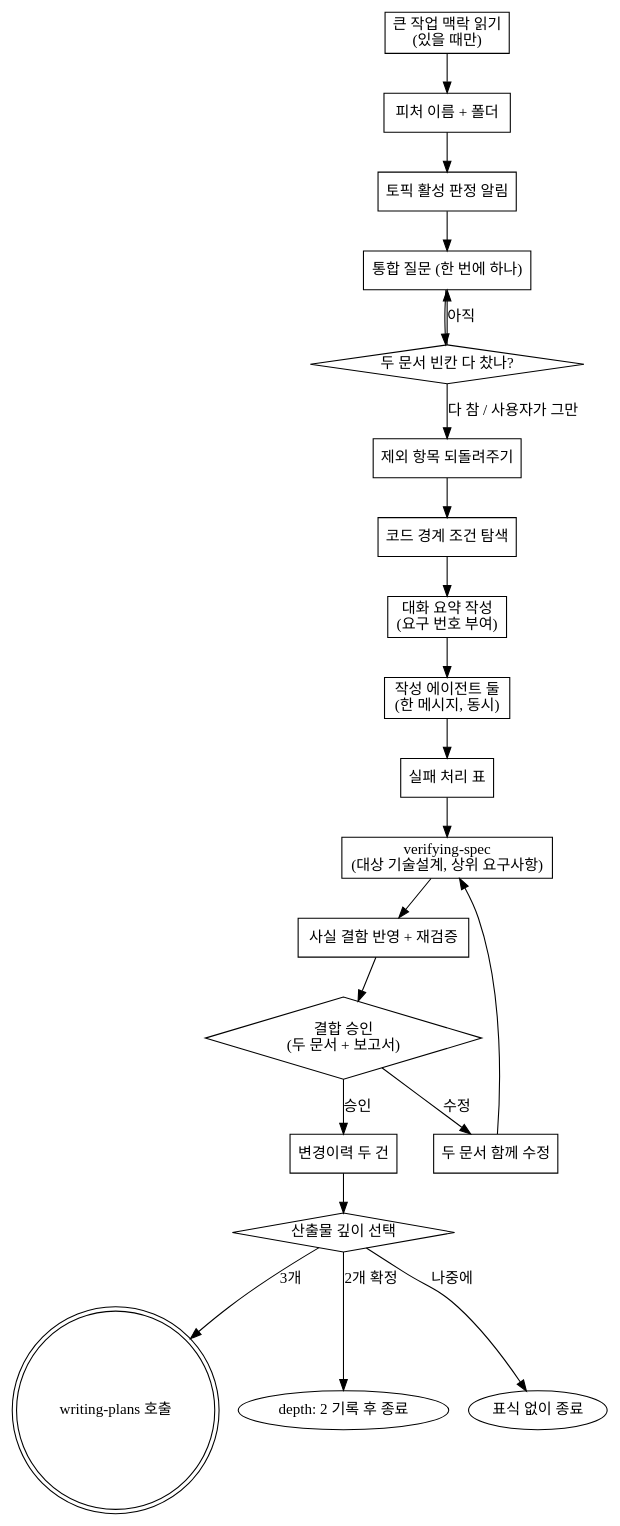
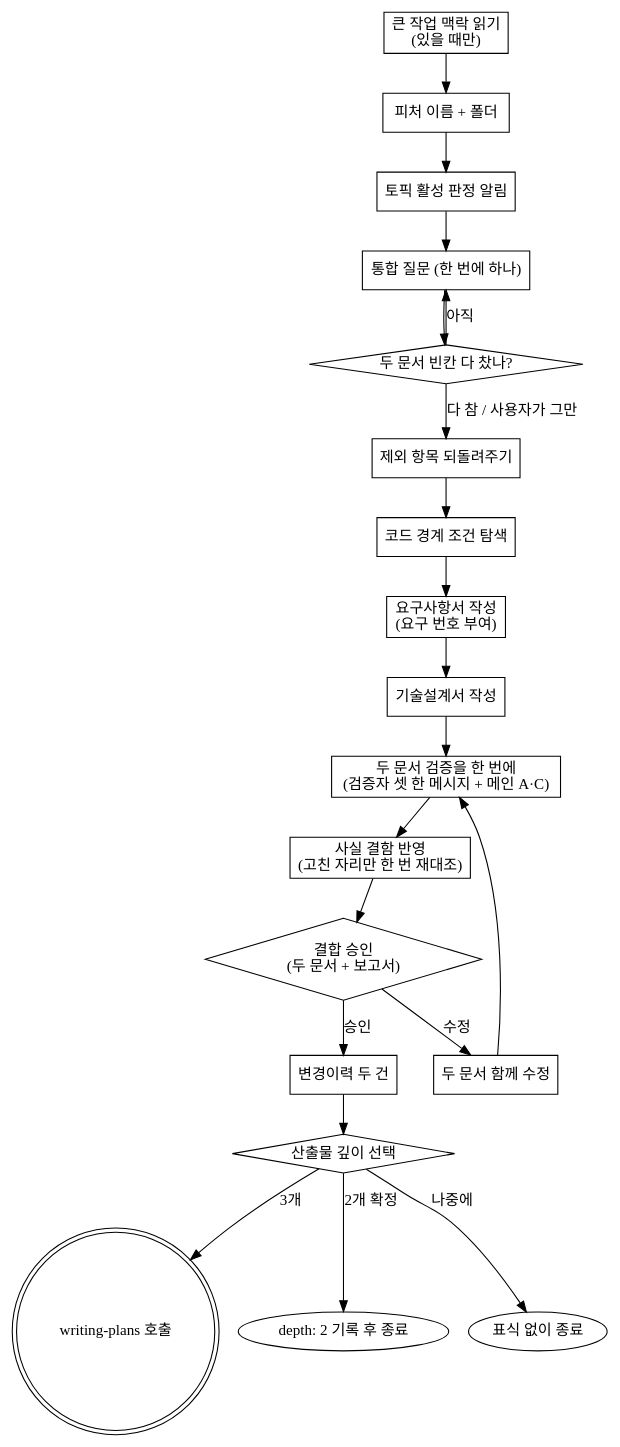
The diagram in skills/paired-spec-writing/SKILL.md (LonerStayle/js-super), drawn with Graphviz before and after one commit. The commit also changed other lines of this file and 7 other files, not shown here.

````diff
--- a/skills/paired-spec-writing/SKILL.md
+++ b/skills/paired-spec-writing/SKILL.md
@@ -61,44 +71,42 @@
 ```dot
 digraph paired_spec_flow {
     "큰 작업 맥락 읽기\n(있을 때만)" [shape=box];
     "피처 이름 + 폴더" [shape=box];
     "토픽 활성 판정 알림" [shape=box];
     "통합 질문 (한 번에 하나)" [shape=box];
     "두 문서 빈칸 다 찼나?" [shape=diamond];
     "제외 항목 되돌려주기" [shape=box];
     "코드 경계 조건 탐색" [shape=box];
-    "대화 요약 작성\n(요구 번호 부여)" [shape=box];
-    "작성 에이전트 둘\n(한 메시지, 동시)" [shape=box];
-    "실패 처리 표" [shape=box];
-    "verifying-spec\n(대상 기술설계, 상위 요구사항)" [shape=box];
-    "사실 결함 반영 + 재검증" [shape=box];
+    "요구사항서 작성\n(요구 번호 부여)" [shape=box];
+    "기술설계서 작성" [shape=box];
+    "두 문서 검증을 한 번에\n(검증자 셋 한 메시지 + 메인 A·C)" [shape=box];
+    "사실 결함 반영\n(고친 자리만 한 번 재대조)" [shape=box];
     "결합 승인\n(두 문서 + 보고서)" [shape=diamond];
     "두 문서 함께 수정" [shape=box];
     "변경이력 두 건" [shape=box];
     "산출물 깊이 선택" [shape=diamond];
     "writing-plans 호출" [shape=doublecircle];
     "depth: 2 기록 후 종료" [shape=oval];
     "표식 없이 종료" [shape=oval];
 
     "큰 작업 맥락 읽기\n(있을 때만)" -> "피처 이름 + 폴더";
     "피처 이름 + 폴더" -> "토픽 활성 판정 알림";
     "토픽 활성 판정 알림" -> "통합 질문 (한 번에 하나)";
     "통합 질문 (한 번에 하나)" -> "두 문서 빈칸 다 찼나?";
     "두 문서 빈칸 다 찼나?" -> "통합 질문 (한 번에 하나)" [label="아직"];
     "두 문서 빈칸 다 찼나?" -> "제외 항목 되돌려주기" [label="다 참 / 사용자가 그만"];
     "제외 항목 되돌려주기" -> "코드 경계 조건 탐색";
-    "코드 경계 조건 탐색" -> "대화 요약 작성\n(요구 번호 부여)";
-    "대화 요약 작성\n(요구 번호 부여)" -> "작성 에이전트 둘\n(한 메시지, 동시)";
-    "작성 에이전트 둘\n(한 메시지, 동시)" -> "실패 처리 표";
-    "실패 처리 표" -> "verifying-spec\n(대상 기술설계, 상위 요구사항)";
-    "verifying-spec\n(대상 기술설계, 상위 요구사항)" -> "사실 결함 반영 + 재검증";
-    "사실 결함 반영 + 재검증" -> "결합 승인\n(두 문서 + 보고서)";
+    "코드 경계 조건 탐색" -> "요구사항서 작성\n(요구 번호 부여)";
+    "요구사항서 작성\n(요구 번호 부여)" -> "기술설계서 작성";
+    "기술설계서 작성" -> "두 문서 검증을 한 번에\n(검증자 셋 한 메시지 + 메인 A·C)";
+    "두 문서 검증을 한 번에\n(검증자 셋 한 메시지 + 메인 A·C)" -> "사실 결함 반영\n(고친 자리만 한 번 재대조)";
+    "사실 결함 반영\n(고친 자리만 한 번 재대조)" -> "결합 승인\n(두 문서 + 보고서)";
     "결합 승인\n(두 문서 + 보고서)" -> "두 문서 함께 수정" [label="수정"];
-    "두 문서 함께 수정" -> "verifying-spec\n(대상 기술설계, 상위 요구사항)";
+    "두 문서 함께 수정" -> "두 문서 검증을 한 번에\n(검증자 셋 한 메시지 + 메인 A·C)";
     "결합 승인\n(두 문서 + 보고서)" -> "변경이력 두 건" [label="승인"];
     "변경이력 두 건" -> "산출물 깊이 선택";
     "산출물 깊이 선택" -> "writing-plans 호출" [label="3개"];
     "산출물 깊이 선택" -> "depth: 2 기록 후 종료" [label="2개 확정"];
     "산출물 깊이 선택" -> "표식 없이 종료" [label="나중에"];
 }
 ```
````
